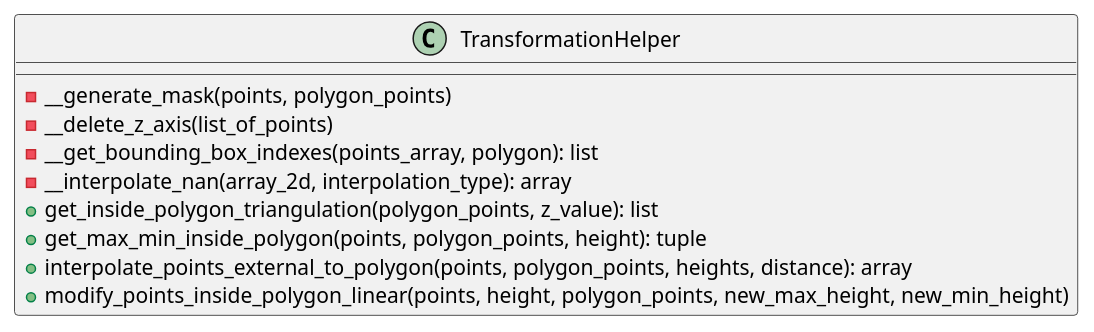
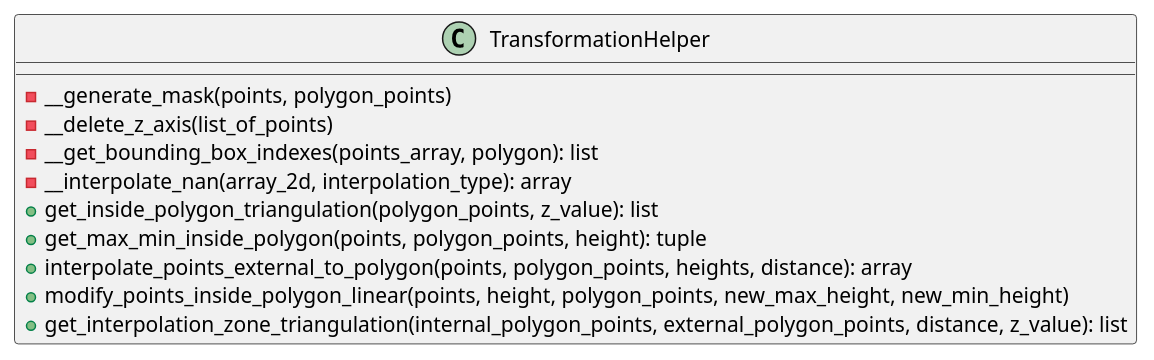
One commit to ferpoble2/Relief_Creator changed the diagram in docs/classes/TransformationHelper.puml. Above: the diagram before and after it, drawn with PlantUML. The commit also changed 3 other files, not shown here.

First line of the commit message:
Added method to generate triangulation of the interpolation area to the Transformation helper and implemented on the scene.py

```diff
--- a/docs/classes/TransformationHelper.puml
+++ b/docs/classes/TransformationHelper.puml
@@ -1,16 +1,17 @@
 @startuml
 'https://plantuml.com/class-diagram
 
 class TransformationHelper {
 
     - __generate_mask(points, polygon_points)
     - __delete_z_axis(list_of_points)
     - __get_bounding_box_indexes(points_array, polygon): list
     - __interpolate_nan(array_2d, interpolation_type): array
     + get_inside_polygon_triangulation(polygon_points, z_value): list
     + get_max_min_inside_polygon(points, polygon_points, height): tuple
     + interpolate_points_external_to_polygon(points, polygon_points, heights, distance): array
     + modify_points_inside_polygon_linear(points, height, polygon_points, new_max_height, new_min_height)
+    + get_interpolation_zone_triangulation(internal_polygon_points, external_polygon_points, distance, z_value): list
 }
 
 @enduml
```
